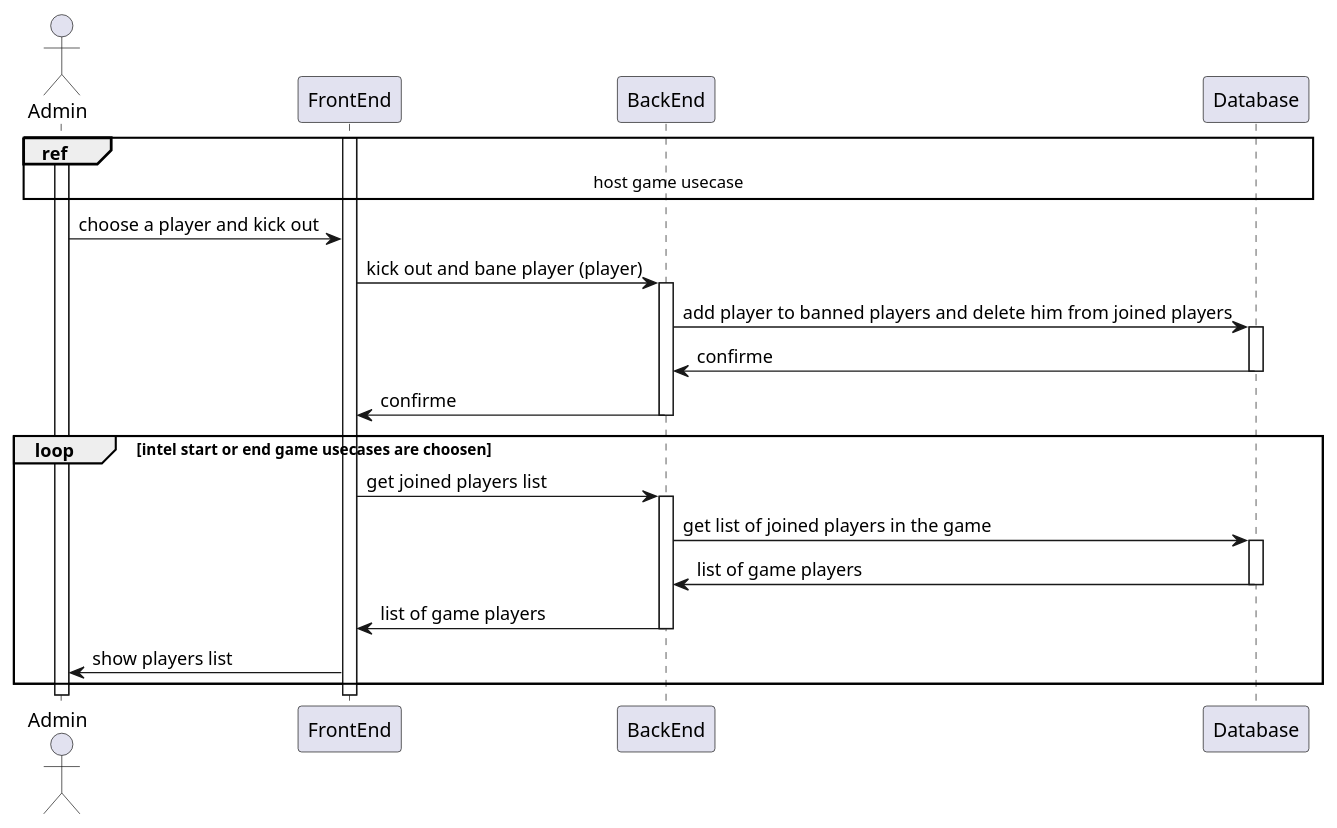
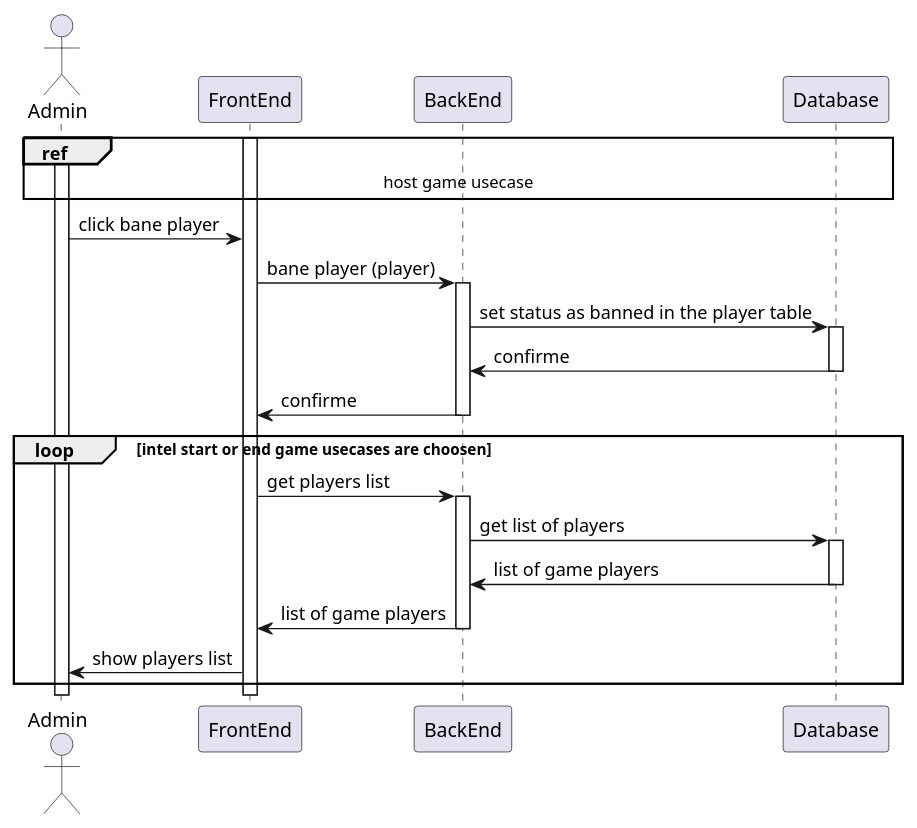
Before and after one commit to monoploy-game/design: the diagram in detailedSDs/admin/kick_player_out.wsd, drawn with PlantUML. The commit also changed 1 other file, not shown here.

Commit message:
updated bane player sd and dSD, to sync with class diagram

```diff
--- a/detailedSDs/admin/kick_player_out.wsd
+++ b/detailedSDs/admin/kick_player_out.wsd
@@ -1,42 +1,41 @@
 @startuml
 
 actor Admin
 
 Activate Admin
 Activate FrontEnd
 
 ref over Admin, FrontEnd, BackEnd, Database : host game usecase
 
-Admin ->  FrontEnd : choose a player and kick out
-FrontEnd -> BackEnd : kick out and bane player (player)
+Admin ->  FrontEnd : click bane player
+FrontEnd -> BackEnd : bane player (player)
 Activate BackEnd
 
-BackEnd -> Database : add player to banned players and delete him from joined players
+BackEnd -> Database : set status as banned in the player table
 Activate Database
 
 Database -> BackEnd : confirme
 deactivate Database
 
 BackEnd -> FrontEnd : confirme
 deactivate BackEnd
 
-
 loop intel start or end game usecases are choosen
 
-    FrontEnd -> BackEnd : get joined players list
+    FrontEnd -> BackEnd : get players list
     Activate BackEnd
 
-    BackEnd -> Database : get list of joined players in the game
+    BackEnd -> Database : get list of players
     Activate Database
 
     Database -> BackEnd : list of game players
     deactivate Database
 
     BackEnd -> FrontEnd : list of game players
     deactivate BackEnd
 
     FrontEnd -> Admin : show players list
 
 end
 
 @enduml
```
